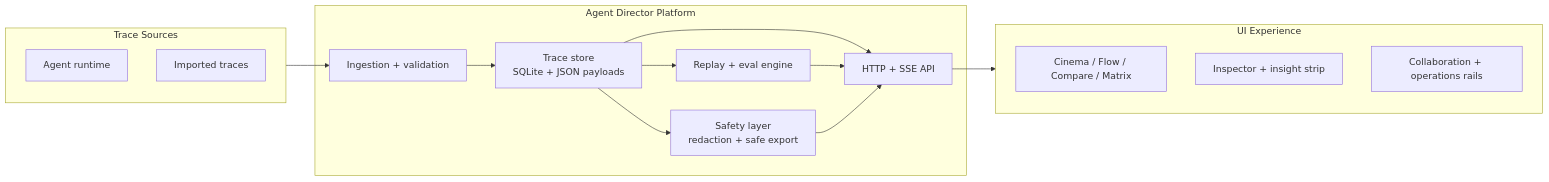
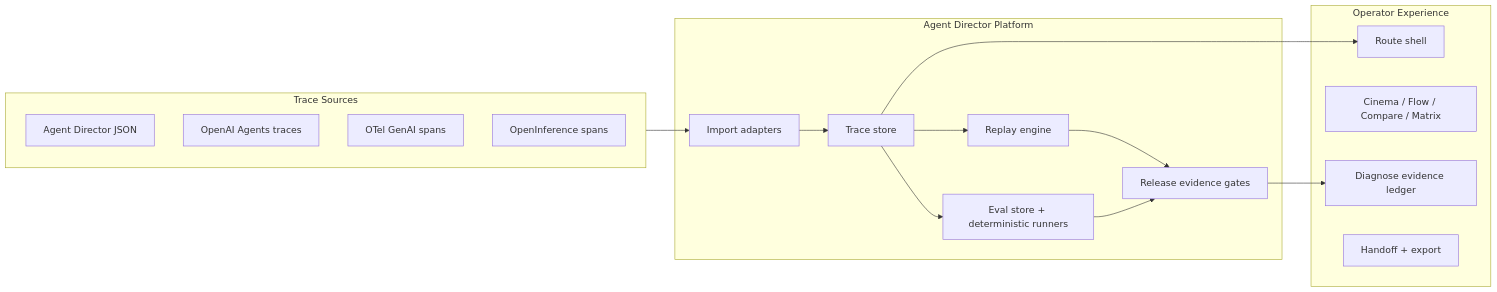
The diagram in README.md (jlov7/agent-director), drawn with Mermaid before and after one commit. The commit also changed other lines of this file and 5 other files, not shown here.

````diff
--- a/README.md
+++ b/README.md
@@ -75,25 +102,32 @@
 ```mermaid
 flowchart LR
   subgraph Sources["Trace Sources"]
-    A1["Agent runtime"]
-    A2["Imported traces"]
+    A1["Agent Director JSON"]
+    A2["OpenAI Agents traces"]
+    A3["OTel GenAI spans"]
+    A4["OpenInference spans"]
   end
 
   subgraph Platform["Agent Director Platform"]
-    B1["Ingestion + validation"]
-    B2["Trace store\nSQLite + JSON payloads"]
-    B3["HTTP + SSE API"]
-    B4["Replay + eval engine"]
-    B5["Safety layer\nredaction + safe export"]
+    B1["Import adapters"]
+    B2["Trace store"]
+    B3["Replay engine"]
+    B4["Eval store + deterministic runners"]
+    B5["Release evidence gates"]
   end
 
-  subgraph Experience["UI Experience"]
-    C1["Cinema / Flow / Compare / Matrix"]
-    C2["Inspector + insight strip"]
-    C3["Collaboration + operations rails"]
+  subgraph Experience["Operator Experience"]
+    C1["Route shell"]
+    C2["Cinema / Flow / Compare / Matrix"]
+    C3["Diagnose evidence ledger"]
+    C4["Handoff + export"]
   end
 
-  Sources --> B1 --> B2 --> B3 --> Experience
-  B2 --> B4 --> B3
-  B2 --> B5 --> B3
+  Sources --> B1 --> B2
+  B2 --> B3
+  B2 --> B4
+  B3 --> B5
+  B4 --> B5
+  B2 --> C1
+  B5 --> C3
 ```
````
